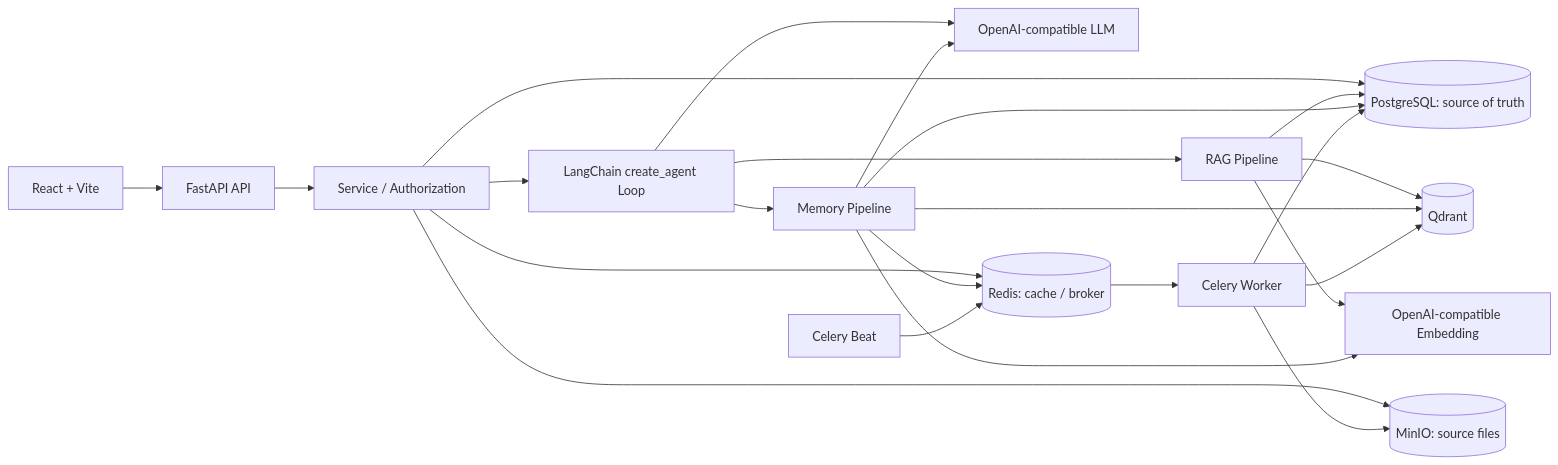
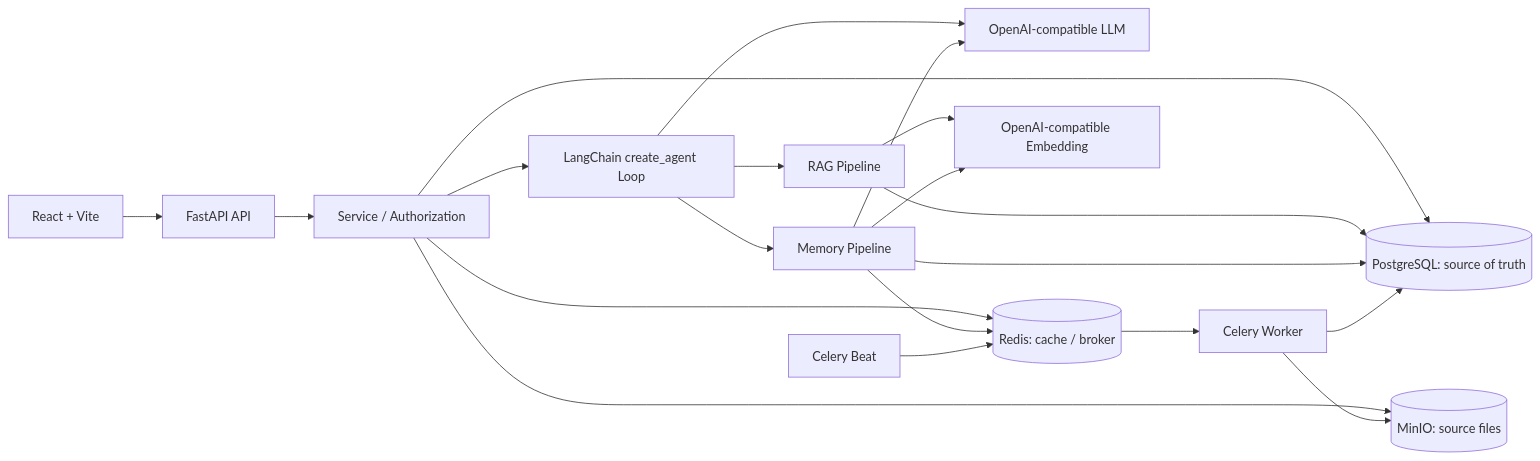
Before and after one commit to ShuoLiu0603/knowledge-work-assistant: the diagram in README.md, drawn with Mermaid. The commit also changed other lines of this file and 55 other files, not shown here.

````diff
--- a/README.md
+++ b/README.md
@@ -63,27 +63,24 @@
 ```mermaid
 flowchart LR
     Browser[React + Vite] --> API[FastAPI API]
     API --> Services[Service / Authorization]
     Services --> Agent[LangChain create_agent Loop]
     Agent --> RAG[RAG Pipeline]
     Agent --> Memory[Memory Pipeline]
 
     Agent --> LLM[OpenAI-compatible LLM]
     Services --> PG[(PostgreSQL: source of truth)]
     Services --> Redis[(Redis: cache / broker)]
     Services --> MinIO[(MinIO: source files)]
     RAG --> PG
-    RAG --> Qdrant[(Qdrant)]
     Memory --> PG
     Memory --> Redis
-    Memory --> Qdrant
     RAG --> Embedding[OpenAI-compatible Embedding]
     Memory --> Embedding
     Memory --> LLM
 
     Redis --> Worker[Celery Worker]
     Beat[Celery Beat] --> Redis
     Worker --> PG
     Worker --> MinIO
-    Worker --> Qdrant
 ```
````
